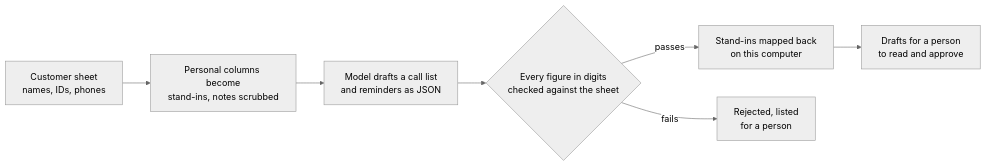
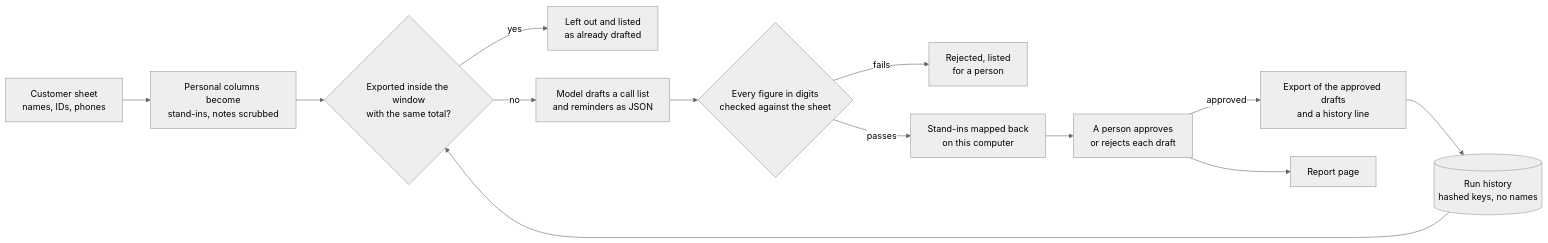
Before and after one commit to evgenybl/ai-collections-followup-demo: the diagram in README.md, drawn with Mermaid (neutral theme). The commit also changed other lines of this file and 4 other files, not shown here.

````diff
--- a/README.md
+++ b/README.md
@@ -17,9 +59,15 @@
 ```mermaid
 flowchart LR
     A[Customer sheet<br/>names, IDs, phones] --> B[Personal columns become<br/>stand-ins, notes scrubbed]
-    B --> C[Model drafts a call list<br/>and reminders as JSON]
-    C --> D{Every figure in digits<br/>checked against the sheet}
-    D -- passes --> E[Stand-ins mapped back<br/>on this computer]
-    D -- fails --> F[Rejected, listed<br/>for a person]
-    E --> G[Drafts for a person<br/>to read and approve]
+    H[(Run history<br/>hashed keys, no names)] --> C
+    B --> C{Exported inside the window<br/>with the same total?}
+    C -- yes --> S[Left out and listed<br/>as already drafted]
+    C -- no --> D[Model drafts a call list<br/>and reminders as JSON]
+    D --> E{Every figure in digits<br/>checked against the sheet}
+    E -- fails --> F[Rejected, listed<br/>for a person]
+    E -- passes --> G[Stand-ins mapped back<br/>on this computer]
+    G --> P[A person approves<br/>or rejects each draft]
+    P -- approved --> X[Export of the approved drafts<br/>and a history line]
+    X --> H
+    P --> R[Report page]
 ```
````
